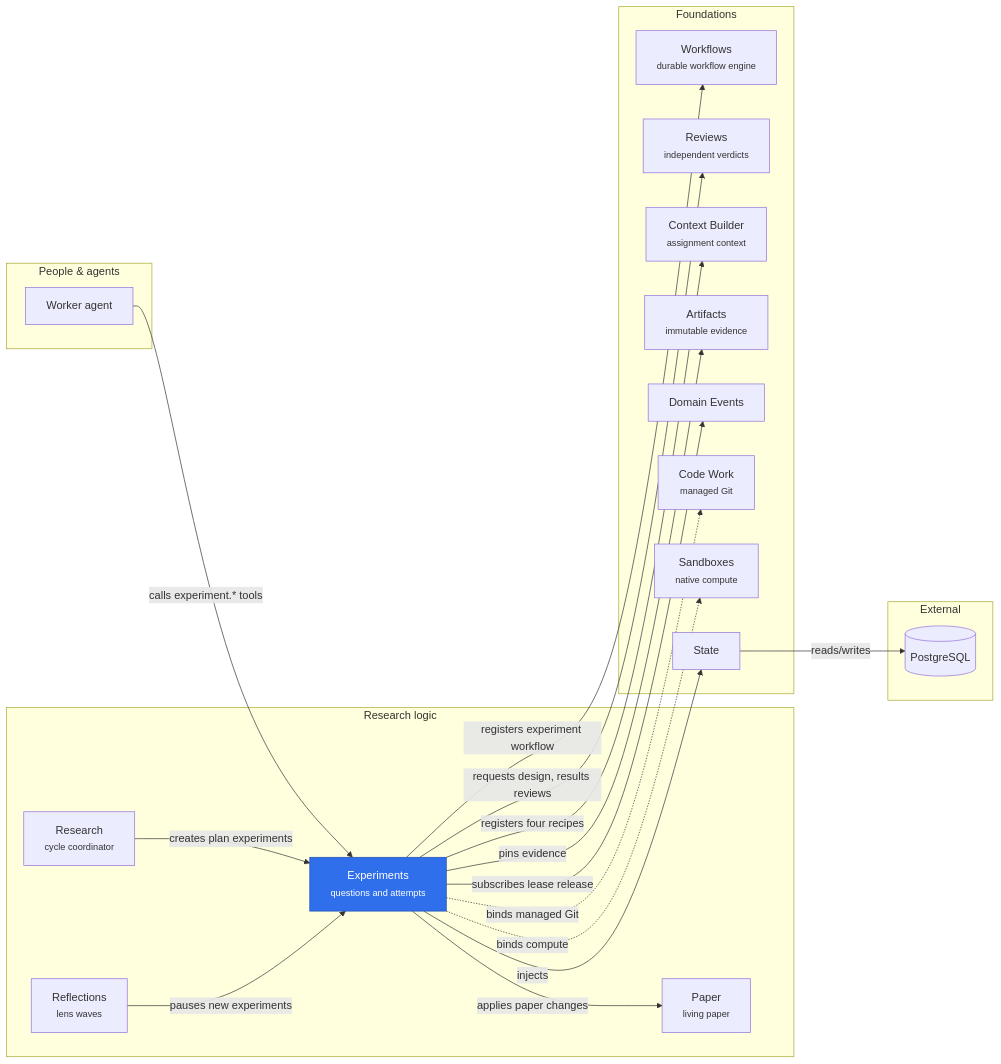
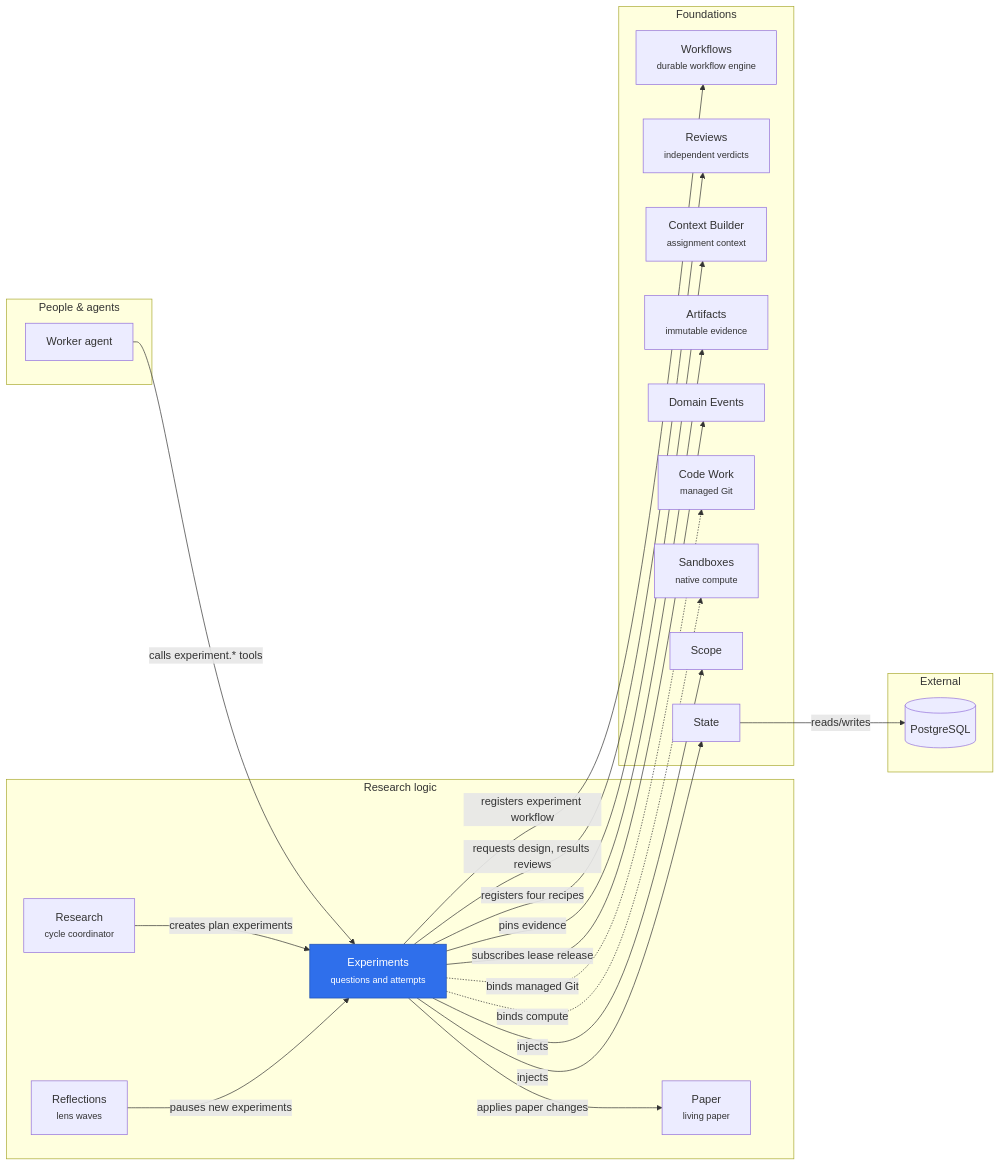
Before and after one commit to rapidreview-io/Merv: the diagram in merv-typescript/packages/experiments/README.md, drawn with Mermaid. The commit also changed 6 other files, not shown here.

First line of the commit message:
Draw the Scope injection and the Fleet and Sandboxes UI adapters in their diagrams

````diff
--- a/merv-typescript/packages/experiments/README.md
+++ b/merv-typescript/packages/experiments/README.md
@@ -8,40 +8,42 @@
 ```mermaid
 flowchart LR
   subgraph people["People & agents"]
     worker["Worker agent"]
   end
   subgraph logic["Research logic"]
     experiments["Experiments<br/><small>questions and attempts</small>"]
     research["Research<br/><small>cycle coordinator</small>"]
     reflections["Reflections<br/><small>lens waves</small>"]
     paper["Paper<br/><small>living paper</small>"]
   end
   subgraph foundations["Foundations"]
     workflows["Workflows<br/><small>durable workflow engine</small>"]
     reviews["Reviews<br/><small>independent verdicts</small>"]
     contextBuilder["Context Builder<br/><small>assignment context</small>"]
     artifacts["Artifacts<br/><small>immutable evidence</small>"]
     domainEvents["Domain Events"]
     codeWork["Code Work<br/><small>managed Git</small>"]
     sandboxes["Sandboxes<br/><small>native compute</small>"]
+    scope["Scope"]
     state["State"]
   end
   subgraph external["External"]
     postgres[("PostgreSQL")]
   end
   worker -- "calls experiment.* tools" --> experiments
   research -- "creates plan experiments" --> experiments
   reflections -- "pauses new experiments" --> experiments
   experiments -- "registers experiment workflow" --> workflows
   experiments -- "requests design, results reviews" --> reviews
   experiments -- "registers four recipes" --> contextBuilder
   experiments -- "applies paper changes" --> paper
   experiments -- "pins evidence" --> artifacts
   experiments -- "subscribes lease release" --> domainEvents
   experiments -. "binds managed Git" .-> codeWork
   experiments -. "binds compute" .-> sandboxes
+  experiments -- "injects" --> scope
   experiments -- "injects" --> state
   state -- "reads/writes" --> postgres
   class experiments self
   classDef self fill:#2f6feb,color:#fff,stroke:#1f4fb0
 ```
````
